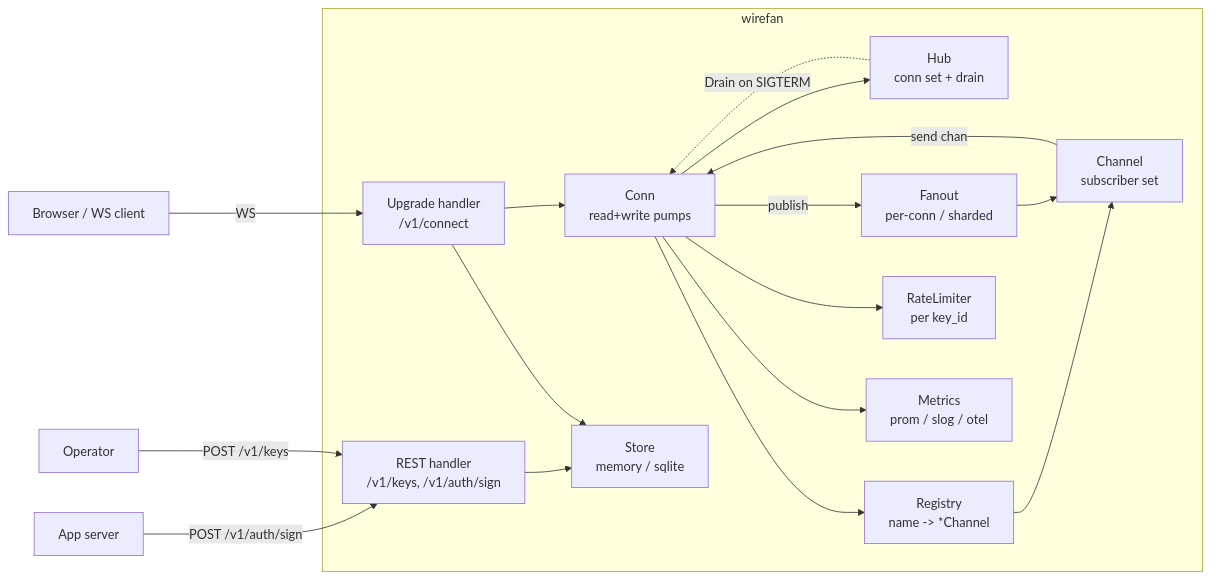
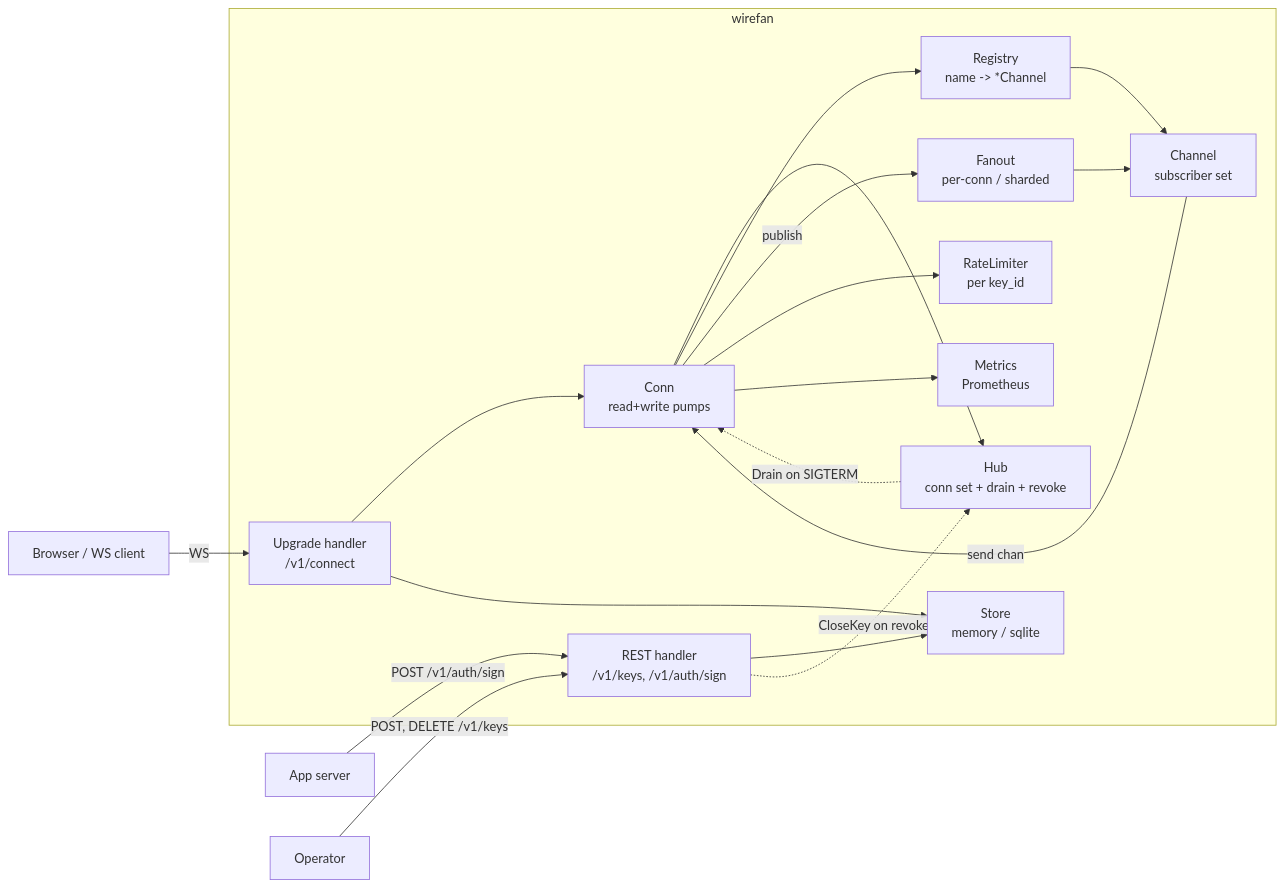
The first of 3 diagrams in docs/DESIGN.md (EthanY33/wirefan), drawn with Mermaid before and after one commit. The commit also changed other lines of this file and 4 other files, not shown here.

First line of the commit message:
docs: bring PROTOCOL, DESIGN, ARCHITECTURE, BENCHMARKS and CLAUDE.md in line with 1.0

````diff
--- a/docs/DESIGN.md
+++ b/docs/DESIGN.md
@@ -41,35 +45,36 @@
 ```mermaid
 flowchart LR
   Browser[Browser / WS client]
   AppSrv[App server]
   Admin[Operator]
 
   subgraph wirefan
     Up[Upgrade handler<br/>/v1/connect]
     REST[REST handler<br/>/v1/keys, /v1/auth/sign]
     Conn[Conn<br/>read+write pumps]
-    Hub[Hub<br/>conn set + drain]
+    Hub[Hub<br/>conn set + drain + revoke]
     Reg[Registry<br/>name -> *Channel]
     Ch[Channel<br/>subscriber set]
     Fan[Fanout<br/>per-conn / sharded]
     RL[RateLimiter<br/>per key_id]
     St[Store<br/>memory / sqlite]
-    Mt[Metrics<br/>prom / slog / otel]
+    Mt[Metrics<br/>Prometheus]
   end
 
   Browser-- WS -->Up
   AppSrv-- POST /v1/auth/sign -->REST
-  Admin-- POST /v1/keys -->REST
+  Admin-- POST, DELETE /v1/keys -->REST
   Up-->Conn
   Conn-->Hub
   Conn-->Reg
   Reg-->Ch
   Conn-- publish -->Fan
   Fan-->Ch
   Ch-- send chan -->Conn
   REST-->St
+  REST-. CloseKey on revoke .->Hub
   Up-->St
   Conn-->RL
   Conn-->Mt
   Hub-. Drain on SIGTERM .->Conn
 ```
````
